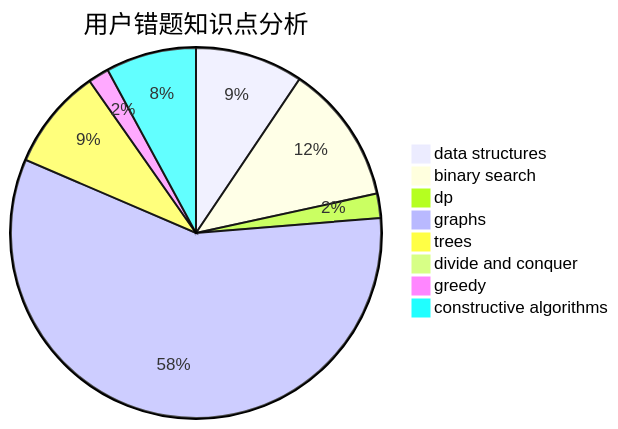
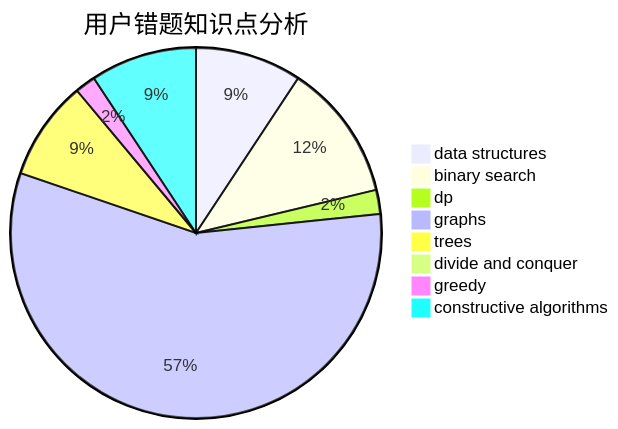
The third of 3 diagrams in docs/user/u1605.md (sherpahu/cfrs.github.io), drawn with Mermaid before and after one commit. The commit also changed other lines of this file and 2770 other files, not shown here.

````diff
--- a/docs/user/u1605.md
+++ b/docs/user/u1605.md
@@ -36,11 +36,11 @@
 ```mermaid
 pie title 用户错题知识点分析
     "data structures" :  31
     "binary search" :  40
     "dp" :  7
     "graphs" :  190
     "trees" :  29
     "divide and conquer" :  0
     "greedy" :  6
-    "constructive algorithms" :  26
+    "constructive algorithms" :  31
 ```
````
